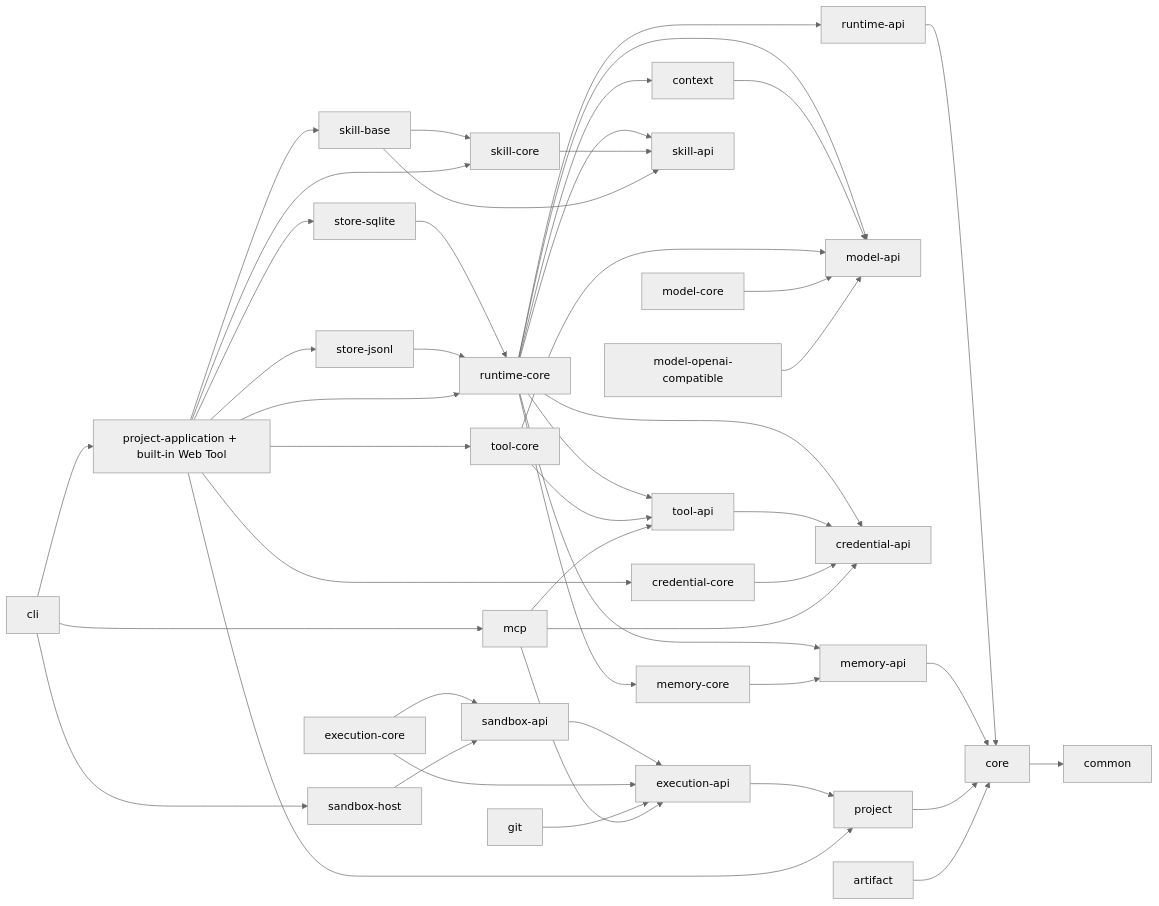
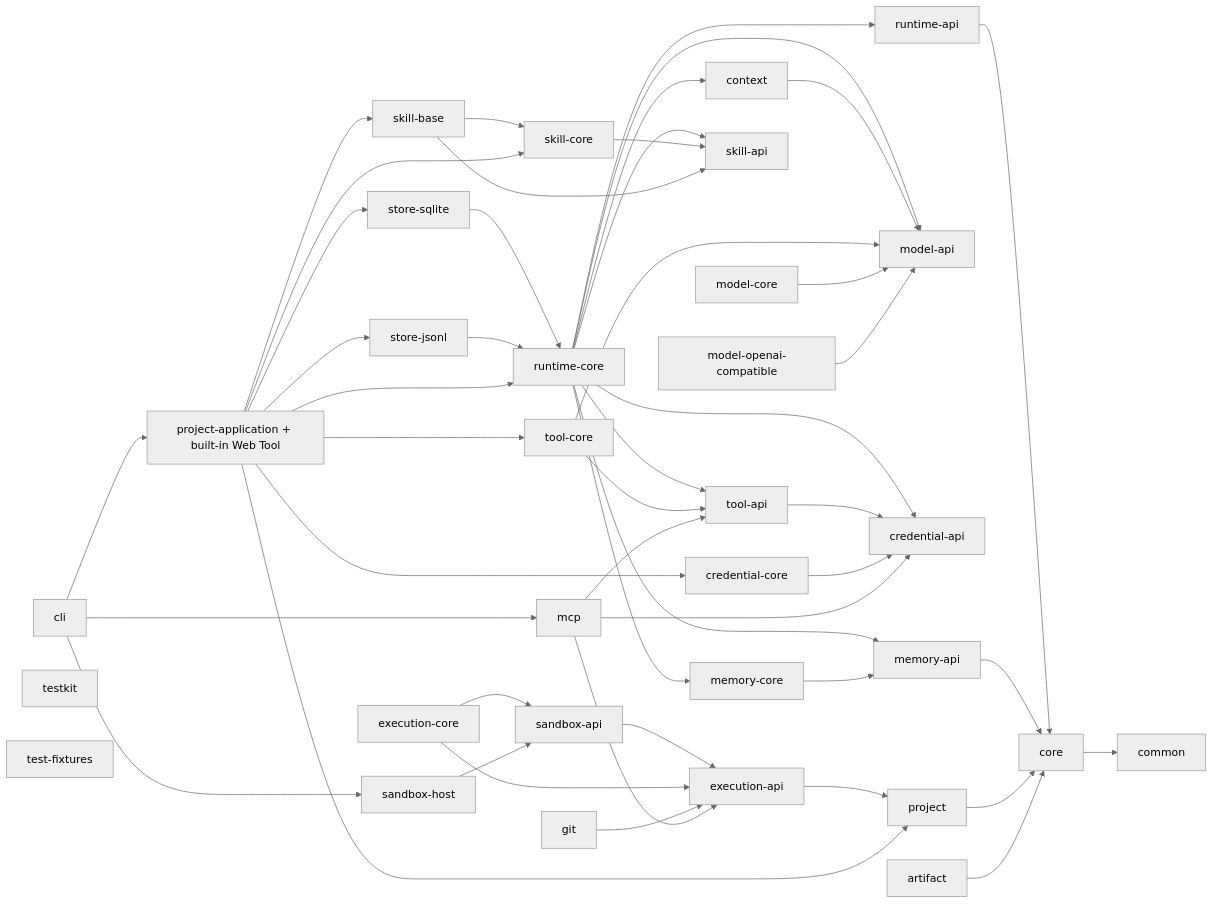
Before and after one commit to haifa-agent/haifa-agent: the diagram in README.md, drawn with Mermaid (neutral theme). The commit also changed other lines of this file and 12 other files, not shown here.

````diff
--- a/README.md
+++ b/README.md
@@ -67,49 +70,51 @@
 ```mermaid
 flowchart LR
   CORE[core] --> COMMON[common]
   RAPI[runtime-api] --> CORE
   RCORE[runtime-core] --> RAPI
   RCORE --> MAPI[model-api]
   RCORE --> TAPI[tool-api]
   RCORE --> CAPI[credential-api]
   RCORE --> CTX[context]
   RCORE --> MEMAPI[memory-api]
   RCORE --> MEMCORE[memory-core]
   RCORE --> SKAPI[skill-api]
   CTX --> MAPI
   TAPI --> CAPI
   TCORE[tool-core] --> TAPI
   TCORE --> MAPI
   CCORE[credential-core] --> CAPI
   MCORE[model-core] --> MAPI
   MEMAPI --> CORE
   MEMCORE --> MEMAPI
   SKCORE[skill-core] --> SKAPI
   SKBASE[skill-base] --> SKAPI
   SKBASE --> SKCORE
   PROJECT[project] --> CORE
   ARTIFACT[artifact] --> CORE
   EAPI[execution-api] --> PROJECT
   SAPI[sandbox-api] --> EAPI
   ECORE[execution-core] --> EAPI
   ECORE --> SAPI
   SHOST[sandbox-host] --> SAPI
   GIT[git] --> EAPI
   MCP[mcp] --> TAPI
   MCP --> CAPI
   MCP --> EAPI
   OAI[model-openai-compatible] --> MAPI
   SQLITE[store-sqlite] --> RCORE
   JSONL[store-jsonl] --> RCORE
   PAPP[project-application + built-in Web Tool] --> RCORE
   PAPP --> SQLITE
   PAPP --> JSONL
   PAPP --> PROJECT
   PAPP --> TCORE
   PAPP --> CCORE
   PAPP --> SKCORE
   PAPP --> SKBASE
   CLI[cli] --> PAPP
   CLI --> MCP
   CLI --> SHOST
+  TESTKIT[testkit]
+  FIXTURES[test-fixtures]
 ```
````
